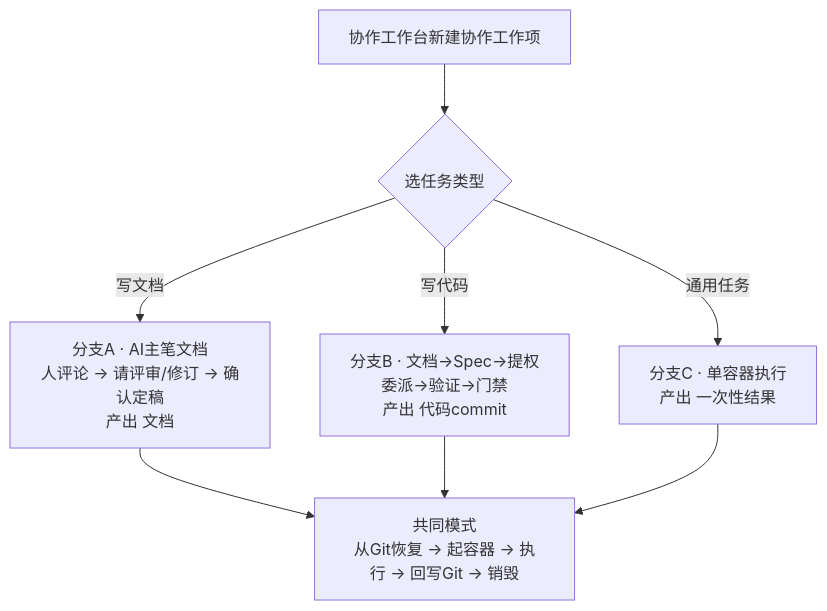
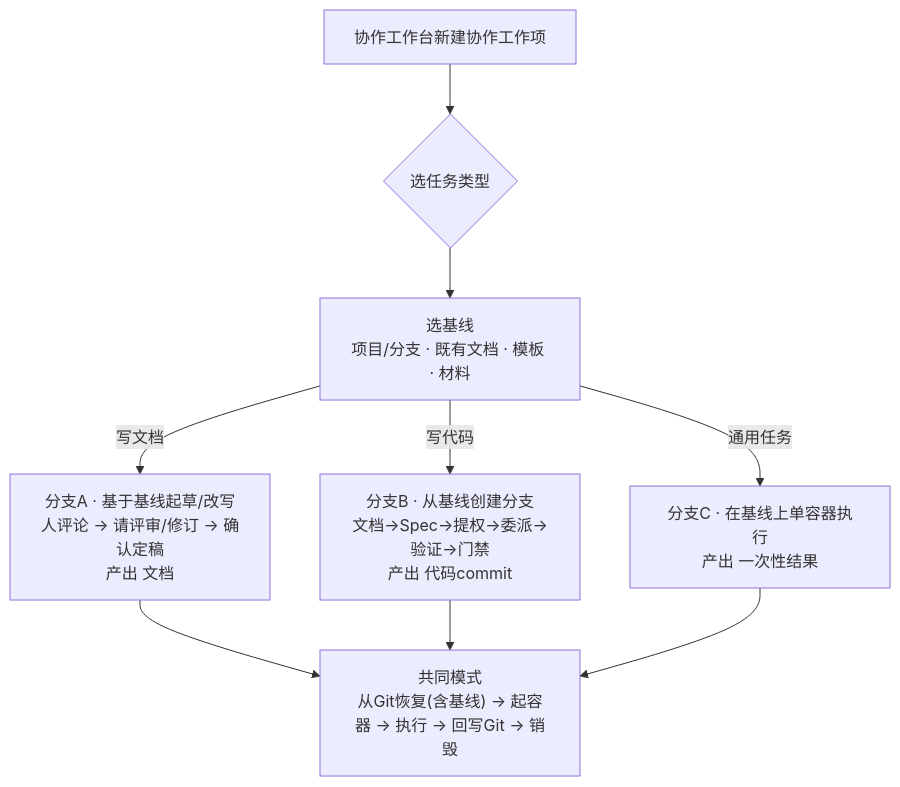
The first of 6 diagrams in COLLECTIVE.md (wonglaitung/opencode), drawn with Mermaid before and after one commit. The commit also changed other lines of this file, not shown here.

````diff
--- a/COLLECTIVE.md
+++ b/COLLECTIVE.md
@@ -126,10 +128,11 @@
 ```mermaid
 flowchart TB
     S["协作工作台新建协作工作项"] --> T{"选任务类型"}
-    T -->|"写文档"| A["分支A · AI主笔文档<br/>人评论 → 请评审/修订 → 确认定稿<br/>产出 文档"]
-    T -->|"写代码"| B["分支B · 文档→Spec→提权<br/>委派→验证→门禁<br/>产出 代码commit"]
-    T -->|"通用任务"| C["分支C · 单容器执行<br/>产出 一次性结果"]
-    A --> D["共同模式<br/>从Git恢复 → 起容器 → 执行 → 回写Git → 销毁"]
+    T --> B0["选基线<br/>项目/分支 · 既有文档 · 模板 · 材料"]
+    B0 -->|"写文档"| A["分支A · 基于基线起草/改写<br/>人评论 → 请评审/修订 → 确认定稿<br/>产出 文档"]
+    B0 -->|"写代码"| B["分支B · 从基线创建分支<br/>文档→Spec→提权→委派→验证→门禁<br/>产出 代码commit"]
+    B0 -->|"通用任务"| C["分支C · 在基线上单容器执行<br/>产出 一次性结果"]
+    A --> D["共同模式<br/>从Git恢复(含基线) → 起容器 → 执行 → 回写Git → 销毁"]
     B --> D
     C --> D
 ```
````
